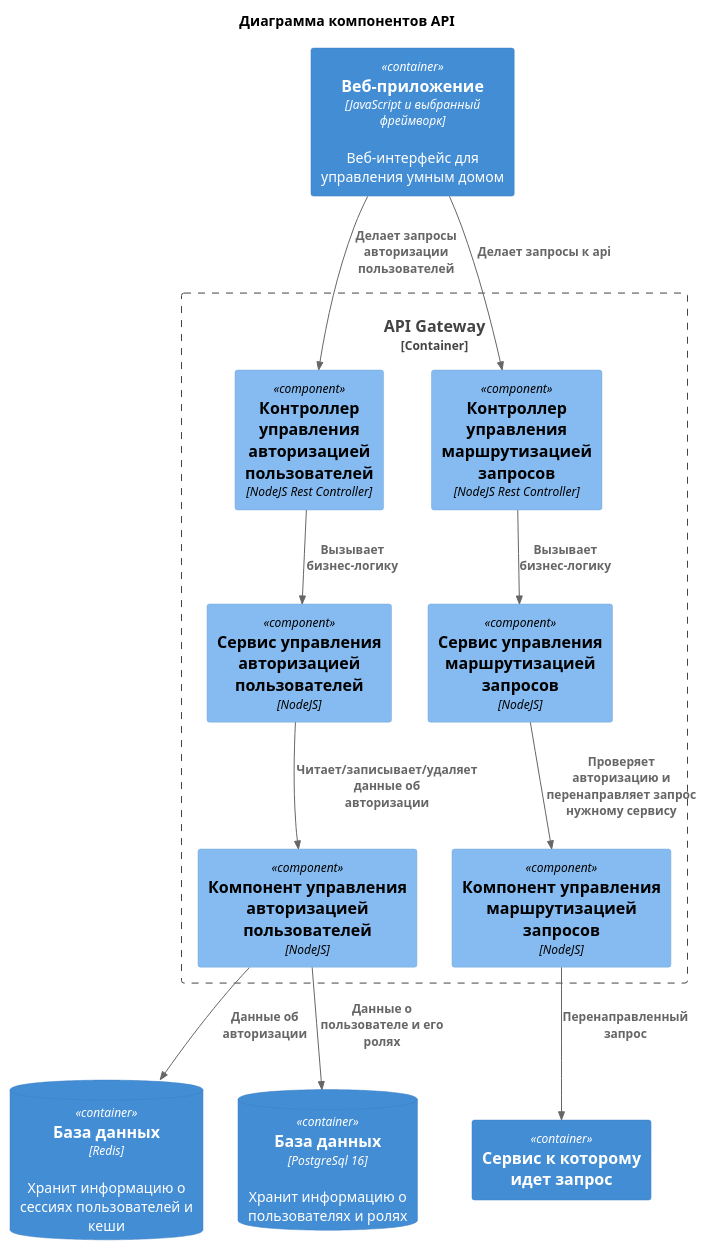
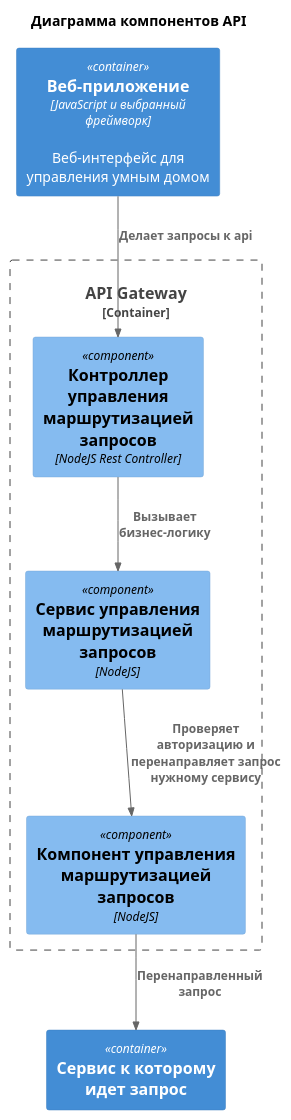
The diagram in diagrams/components/Api.puml (xSparKIx/architecture-pro-warmhouse), drawn with PlantUML before and after one commit. The commit also changed 20 other files, not shown here.

```diff
--- a/diagrams/components/Api.puml
+++ b/diagrams/components/Api.puml
@@ -1,40 +1,26 @@
 @startuml API components diagram
 title Диаграмма компонентов API
 
 !include ../templates/C4_Component.puml
 
 ' Внешние сущности
 Container(WebApp, "Веб-приложение", "JavaScript и выбранный фреймворк", "Веб-интерфейс для управления умным домом")
-ContainerDb(redis, "База данных", "Redis", "Хранит информацию о сессиях пользователей и кеши")
-ContainerDb(db, "База данных", "PostgreSql 16", "Хранит информацию о пользователях и ролях")
 Container(UsedContainer, "Сервис к которому идет запрос")
+
+' @todo Сюда возможно добавить обращение к сервису авторизации для проверки пользователя
 
 ' Контейнер API Gateway
 Container_Boundary(TelemetryContainer, "API Gateway") {
-    ' Управление авторизацией пользователя
-    Component(AuthController, "Контроллер управления авторизацией пользователей", "NodeJS Rest Controller")
-    Component(AuthService, "Сервис управления авторизацией пользователей", "NodeJS")
-    Component(AuthComponent, "Компонент управления авторизацией пользователей", "NodeJS")
-
     ' Маршрутизация запросов пользователей
     Component(RouteController, "Контроллер управления маршрутизацией запросов", "NodeJS Rest Controller")
     Component(RouteService, "Сервис управления маршрутизацией запросов", "NodeJS")
     Component(RouteComponent, "Компонент управления маршрутизацией запросов", "NodeJS")
-
-    ' @todo Тут можно добавить еще восстановление пароля и получение информации о пользователе
 }
-
-' Связи управления авторизацией пользователя
-Rel(WebApp, AuthController, "Делает запросы авторизации пользователей")
-Rel(AuthController, AuthService, "Вызывает бизнес-логику")
-Rel(AuthService, AuthComponent, "Читает/записывает/удаляет данные об авторизации")
-Rel(AuthComponent, redis, "Данные об авторизации")
-Rel(AuthComponent, db, "Данные о пользователе и его ролях")
 
 ' Связи маршрутизации запросов пользователей
 Rel(WebApp, RouteController, "Делает запросы к api")
 Rel(RouteController, RouteService, "Вызывает бизнес-логику")
 Rel(RouteService, RouteComponent, "Проверяет авторизацию и перенаправляет запрос нужному сервису")
 Rel(RouteComponent, UsedContainer, "Перенаправленный запрос")
 
 @endmul
```
